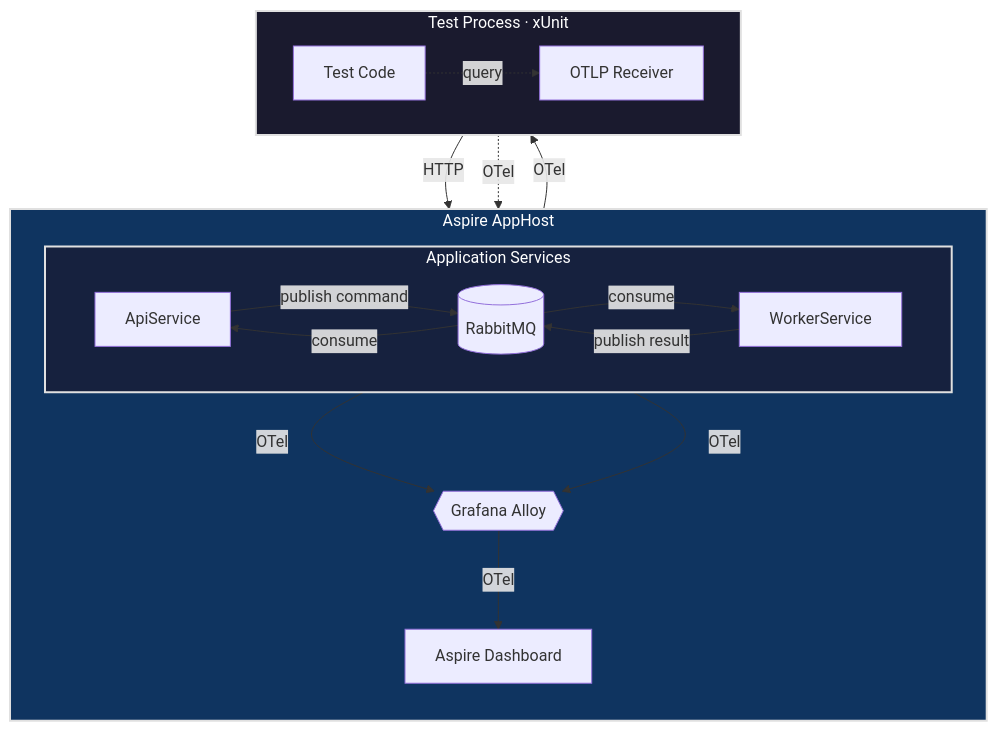
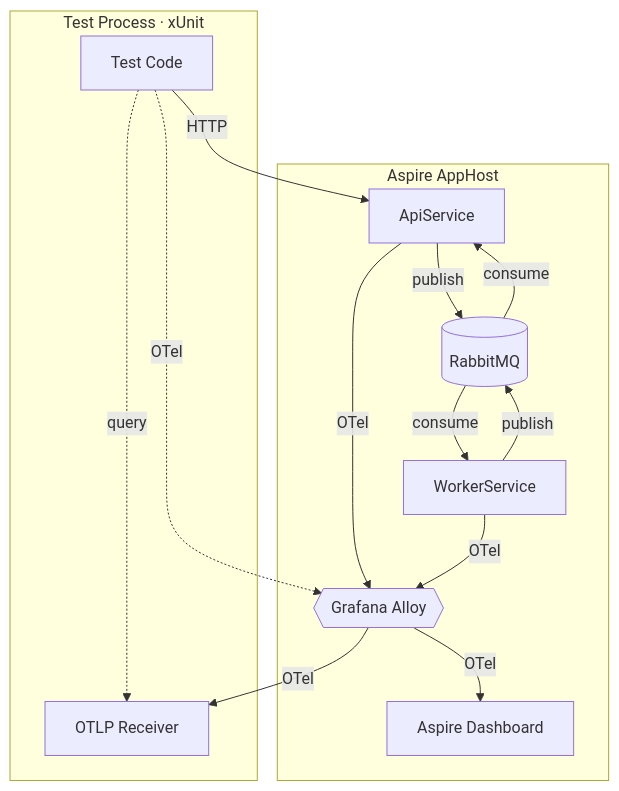
Before and after one commit to AwkEng/aspire-otel-test-harness: the diagram in README.md, drawn with Mermaid.

Commit message:
Fix Mermaid diagram rendering on GitHub
Simplify diagram syntax — remove nested subgraphs and & operator
that caused GitHub's Mermaid renderer to fail.

````diff
--- a/README.md
+++ b/README.md
@@ -13,30 +13,29 @@
 ```mermaid
 flowchart TD
     subgraph aspire ["Aspire AppHost"]
-        direction TB
-
-        subgraph services ["Application Services"]
-            direction LR
-            API[ApiService] -- "publish command" --> RMQ[(RabbitMQ)] -- "consume" --> Worker[WorkerService]
-            Worker -- "publish result" --> RMQ -- "consume" --> API
-        end
-
+        API[ApiService]
+        Worker[WorkerService]
+        RMQ[(RabbitMQ)]
         Alloy{{Grafana Alloy}}
         Dashboard[Aspire Dashboard]
+
+        API -- "publish" --> RMQ
+        RMQ -- "consume" --> Worker
+        Worker -- "publish" --> RMQ
+        RMQ -- "consume" --> API
+
+        API -- "OTel" --> Alloy
+        Worker -- "OTel" --> Alloy
+        Alloy -- "OTel" --> Dashboard
     end
 
     subgraph test ["Test Process · xUnit"]
-        direction LR
-        TC[Test Code] -. "query" .-> OR[OTLP Receiver]
+        TC[Test Code]
+        OR[OTLP Receiver]
+        TC -. "query" .-> OR
     end
 
     TC -- "HTTP" --> API
-    API & Worker -- "OTel" --> Alloy
     TC -. "OTel" .-> Alloy
     Alloy -- "OTel" --> OR
-    Alloy -- "OTel" --> Dashboard
-
-    style test fill:#1a1a2e,stroke:#e0e0e0,stroke-width:2px,color:#fff
-    style aspire fill:#0f3460,stroke:#e0e0e0,stroke-width:2px,color:#fff
-    style services fill:#16213e,stroke:#e0e0e0,stroke-width:2px,color:#fff
 ```
````
